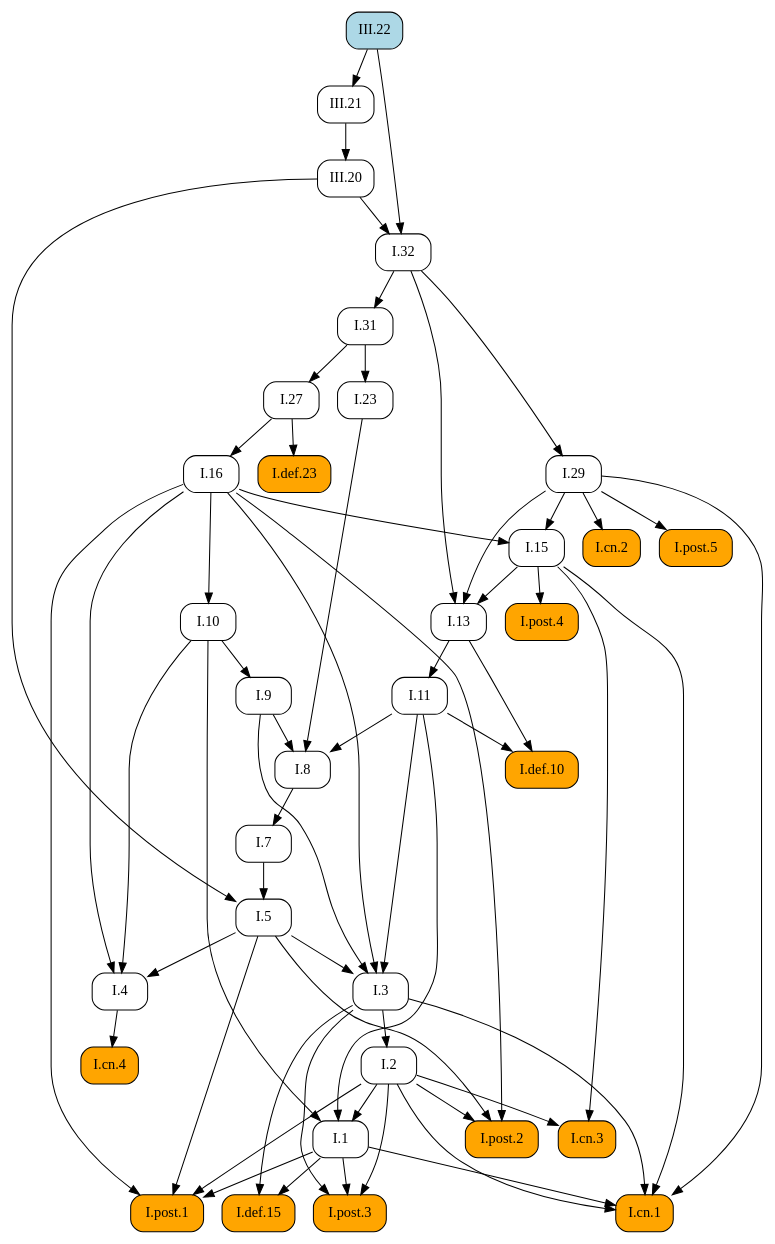
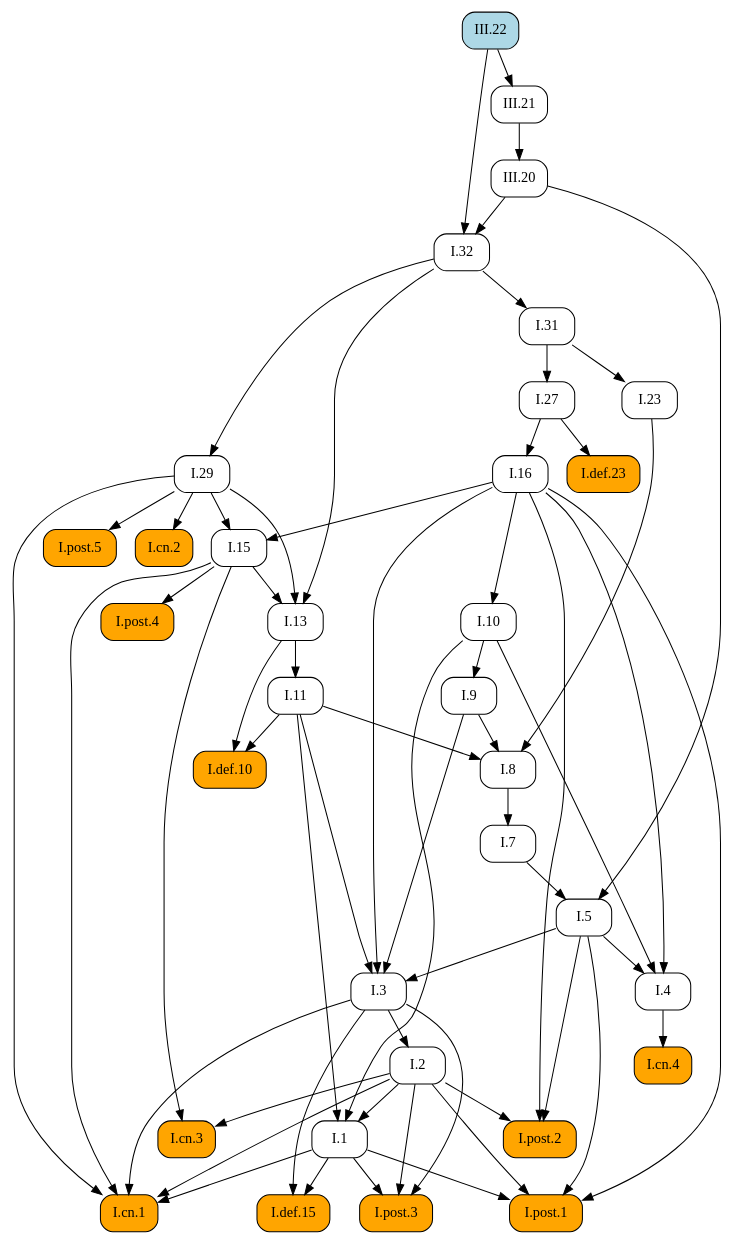
Before and after one commit to geometor/elements: the diagram in docsrc/heath/III/22/index.rst, drawn with Graphviz. The commit also changed other lines of this file and 1029 other files, not shown here.

```diff
--- a/docsrc/heath/III/22/index.rst
+++ b/docsrc/heath/III/22/index.rst
@@ -47,97 +47,97 @@
    digraph {
      rankdir="TB";
      node [shape=box, style=rounded];
+     "I.def.10" [style="rounded,filled", fillcolor=orange, URL="/heath/I/def.10/", target="_top"];
+     "I.11" [URL="/heath/I/11/", target="_top"];
+     "I.post.4" [style="rounded,filled", fillcolor=orange, URL="/heath/I/post.4/", target="_top"];
+     "I.1" [URL="/heath/I/1/", target="_top"];
+     "I.29" [URL="/heath/I/29/", target="_top"];
+     "III.20" [URL="/heath/III/20/", target="_top"];
+     "I.cn.2" [style="rounded,filled", fillcolor=orange, URL="/heath/I/cn.2/", target="_top"];
+     "I.def.15" [style="rounded,filled", fillcolor=orange, URL="/heath/I/def.15/", target="_top"];
+     "I.post.3" [style="rounded,filled", fillcolor=orange, URL="/heath/I/post.3/", target="_top"];
+     "I.cn.1" [style="rounded,filled", fillcolor=orange, URL="/heath/I/cn.1/", target="_top"];
      "I.cn.3" [style="rounded,filled", fillcolor=orange, URL="/heath/I/cn.3/", target="_top"];
+     "I.23" [URL="/heath/I/23/", target="_top"];
+     "I.post.1" [style="rounded,filled", fillcolor=orange, URL="/heath/I/post.1/", target="_top"];
+     "I.27" [URL="/heath/I/27/", target="_top"];
+     "I.7" [URL="/heath/I/7/", target="_top"];
+     "I.3" [URL="/heath/I/3/", target="_top"];
+     "I.2" [URL="/heath/I/2/", target="_top"];
+     "I.def.23" [style="rounded,filled", fillcolor=orange, URL="/heath/I/def.23/", target="_top"];
+     "I.4" [URL="/heath/I/4/", target="_top"];
+     "I.13" [URL="/heath/I/13/", target="_top"];
+     "I.31" [URL="/heath/I/31/", target="_top"];
+     "I.post.2" [style="rounded,filled", fillcolor=orange, URL="/heath/I/post.2/", target="_top"];
+     "I.16" [URL="/heath/I/16/", target="_top"];
+     "I.9" [URL="/heath/I/9/", target="_top"];
+     "I.32" [URL="/heath/I/32/", target="_top"];
+     "I.8" [URL="/heath/I/8/", target="_top"];
+     "I.cn.4" [style="rounded,filled", fillcolor=orange, URL="/heath/I/cn.4/", target="_top"];
+     "I.15" [URL="/heath/I/15/", target="_top"];
+     "III.21" [URL="/heath/III/21/", target="_top"];
+     "I.post.5" [style="rounded,filled", fillcolor=orange, URL="/heath/I/post.5/", target="_top"];
      "III.22" [style="rounded,filled", fillcolor=lightblue, URL="/heath/III/22/", target="_top"];
-     "I.29" [URL="/heath/I/29/", target="_top"];
-     "I.7" [URL="/heath/I/7/", target="_top"];
-     "I.27" [URL="/heath/I/27/", target="_top"];
-     "I.def.23" [style="rounded,filled", fillcolor=orange, URL="/heath/I/def.23/", target="_top"];
-     "I.8" [URL="/heath/I/8/", target="_top"];
-     "I.9" [URL="/heath/I/9/", target="_top"];
-     "III.20" [URL="/heath/III/20/", target="_top"];
-     "I.post.4" [style="rounded,filled", fillcolor=orange, URL="/heath/I/post.4/", target="_top"];
-     "I.2" [URL="/heath/I/2/", target="_top"];
-     "I.def.15" [style="rounded,filled", fillcolor=orange, URL="/heath/I/def.15/", target="_top"];
-     "I.1" [URL="/heath/I/1/", target="_top"];
-     "I.post.1" [style="rounded,filled", fillcolor=orange, URL="/heath/I/post.1/", target="_top"];
-     "I.cn.4" [style="rounded,filled", fillcolor=orange, URL="/heath/I/cn.4/", target="_top"];
-     "I.23" [URL="/heath/I/23/", target="_top"];
-     "I.13" [URL="/heath/I/13/", target="_top"];
-     "I.cn.2" [style="rounded,filled", fillcolor=orange, URL="/heath/I/cn.2/", target="_top"];
+     "I.10" [URL="/heath/I/10/", target="_top"];
      "I.5" [URL="/heath/I/5/", target="_top"];
-     "III.21" [URL="/heath/III/21/", target="_top"];
-     "I.11" [URL="/heath/I/11/", target="_top"];
-     "I.10" [URL="/heath/I/10/", target="_top"];
-     "I.4" [URL="/heath/I/4/", target="_top"];
-     "I.3" [URL="/heath/I/3/", target="_top"];
-     "I.16" [URL="/heath/I/16/", target="_top"];
-     "I.31" [URL="/heath/I/31/", target="_top"];
-     "I.def.10" [style="rounded,filled", fillcolor=orange, URL="/heath/I/def.10/", target="_top"];
-     "I.post.2" [style="rounded,filled", fillcolor=orange, URL="/heath/I/post.2/", target="_top"];
-     "I.post.3" [style="rounded,filled", fillcolor=orange, URL="/heath/I/post.3/", target="_top"];
-     "I.post.5" [style="rounded,filled", fillcolor=orange, URL="/heath/I/post.5/", target="_top"];
-     "I.15" [URL="/heath/I/15/", target="_top"];
-     "I.cn.1" [style="rounded,filled", fillcolor=orange, URL="/heath/I/cn.1/", target="_top"];
-     "I.32" [URL="/heath/I/32/", target="_top"];
-     "I.2" -> "I.cn.3";
-     "I.15" -> "I.cn.3";
-     "I.32" -> "I.29";
-     "I.8" -> "I.7";
-     "I.31" -> "I.27";
-     "I.27" -> "I.def.23";
-     "I.9" -> "I.8";
-     "I.11" -> "I.8";
-     "I.23" -> "I.8";
-     "I.10" -> "I.9";
-     "III.21" -> "III.20";
+     "I.11" -> "I.def.10";
+     "I.13" -> "I.def.10";
+     "I.13" -> "I.11";
      "I.15" -> "I.post.4";
-     "I.3" -> "I.2";
-     "I.1" -> "I.def.15";
-     "I.3" -> "I.def.15";
      "I.2" -> "I.1";
      "I.10" -> "I.1";
      "I.11" -> "I.1";
-     "I.1" -> "I.post.1";
-     "I.2" -> "I.post.1";
-     "I.5" -> "I.post.1";
-     "I.16" -> "I.post.1";
-     "I.4" -> "I.cn.4";
-     "I.31" -> "I.23";
-     "I.15" -> "I.13";
-     "I.29" -> "I.13";
-     "I.32" -> "I.13";
+     "I.32" -> "I.29";
+     "III.21" -> "III.20";
      "I.29" -> "I.cn.2";
-     "I.7" -> "I.5";
-     "III.20" -> "I.5";
-     "III.22" -> "III.21";
-     "I.13" -> "I.11";
-     "I.16" -> "I.10";
-     "I.5" -> "I.4";
-     "I.10" -> "I.4";
-     "I.16" -> "I.4";
-     "I.5" -> "I.3";
-     "I.9" -> "I.3";
-     "I.11" -> "I.3";
-     "I.16" -> "I.3";
-     "I.27" -> "I.16";
-     "I.32" -> "I.31";
-     "I.11" -> "I.def.10";
-     "I.13" -> "I.def.10";
-     "I.2" -> "I.post.2";
-     "I.5" -> "I.post.2";
-     "I.16" -> "I.post.2";
+     "I.1" -> "I.def.15";
+     "I.3" -> "I.def.15";
      "I.1" -> "I.post.3";
      "I.2" -> "I.post.3";
      "I.3" -> "I.post.3";
-     "I.29" -> "I.post.5";
-     "I.16" -> "I.15";
-     "I.29" -> "I.15";
      "I.1" -> "I.cn.1";
      "I.2" -> "I.cn.1";
      "I.3" -> "I.cn.1";
      "I.15" -> "I.cn.1";
      "I.29" -> "I.cn.1";
+     "I.2" -> "I.cn.3";
+     "I.15" -> "I.cn.3";
+     "I.31" -> "I.23";
+     "I.1" -> "I.post.1";
+     "I.2" -> "I.post.1";
+     "I.5" -> "I.post.1";
+     "I.16" -> "I.post.1";
+     "I.31" -> "I.27";
+     "I.8" -> "I.7";
+     "I.5" -> "I.3";
+     "I.9" -> "I.3";
+     "I.11" -> "I.3";
+     "I.16" -> "I.3";
+     "I.3" -> "I.2";
+     "I.27" -> "I.def.23";
+     "I.5" -> "I.4";
+     "I.10" -> "I.4";
+     "I.16" -> "I.4";
+     "I.15" -> "I.13";
+     "I.29" -> "I.13";
+     "I.32" -> "I.13";
+     "I.32" -> "I.31";
+     "I.2" -> "I.post.2";
+     "I.5" -> "I.post.2";
+     "I.16" -> "I.post.2";
+     "I.27" -> "I.16";
+     "I.10" -> "I.9";
      "III.20" -> "I.32";
      "III.22" -> "I.32";
+     "I.9" -> "I.8";
+     "I.11" -> "I.8";
+     "I.23" -> "I.8";
+     "I.4" -> "I.cn.4";
+     "I.16" -> "I.15";
+     "I.29" -> "I.15";
+     "III.22" -> "III.21";
+     "I.29" -> "I.post.5";
+     "I.16" -> "I.10";
+     "I.7" -> "I.5";
+     "III.20" -> "I.5";
    }
```
